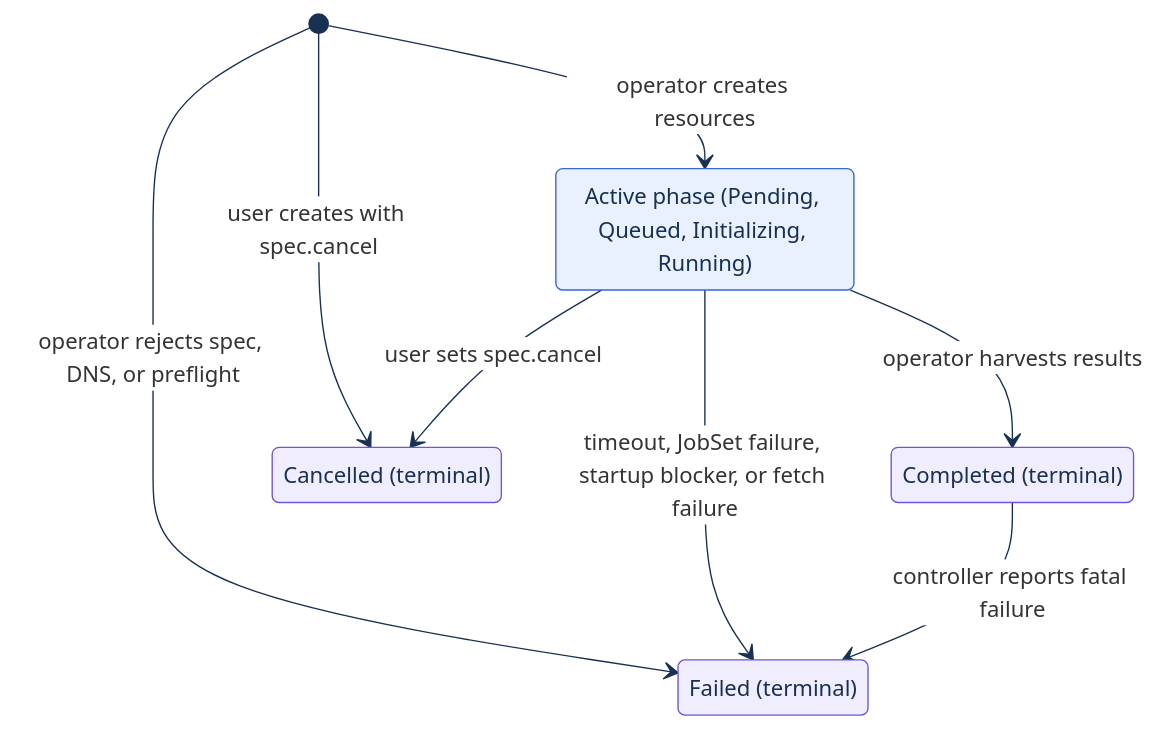
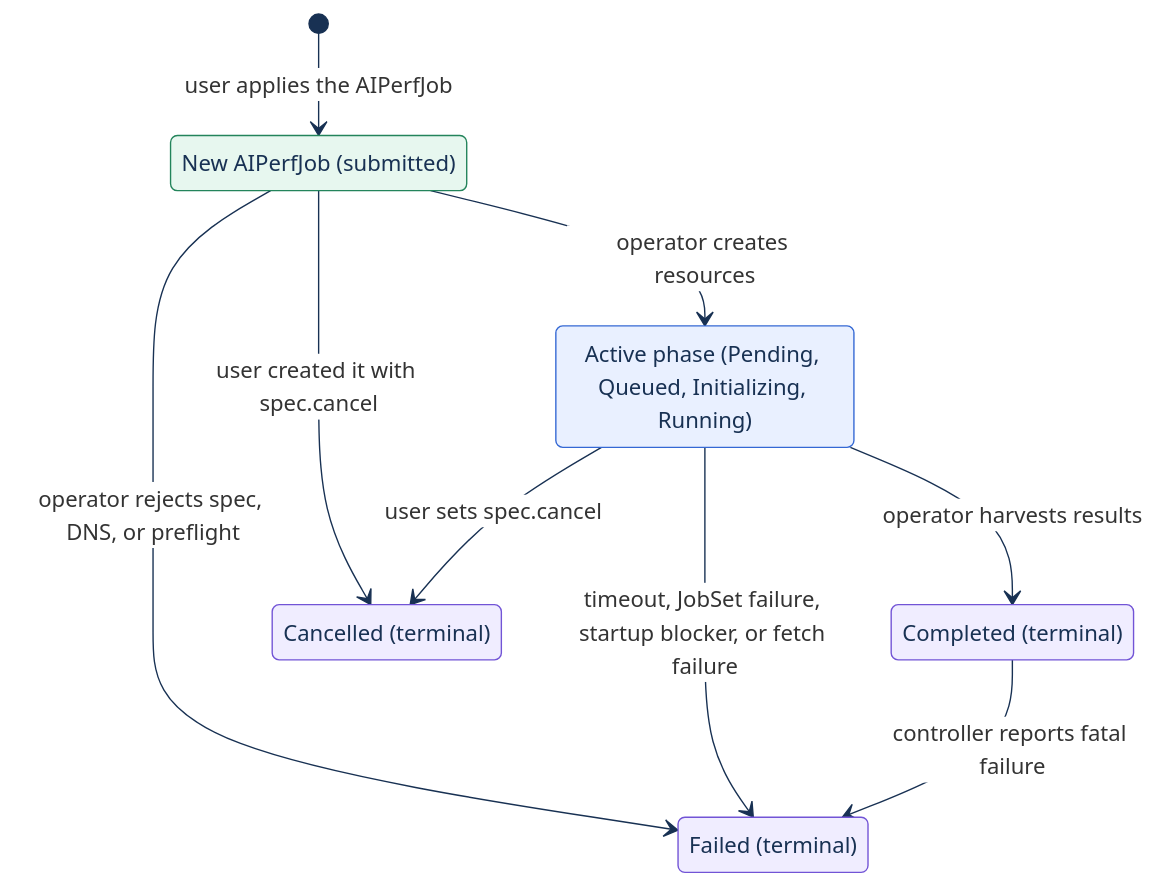
The fourth of 8 diagrams in docs/kubernetes/operator.md (ai-dynamo/aiperf), drawn with Mermaid before and after one commit. The commit also changed other lines of this file, not shown here.

First line of the commit message:
docs(kubernetes): fix diagram layout defects found in render readback

````diff
--- a/docs/kubernetes/operator.md
+++ b/docs/kubernetes/operator.md
@@ -232,31 +236,36 @@
 ```mermaid
 ---
 config:
   theme: base
   look: classic
   themeVariables:
     lineColor: '#183153'
     nodeTextColor: '#183153'
     edgeLabelBackground: '#FFFFFF'
     clusterBkg: '#FFFFFF'
     titleColor: '#183153'
+    fontFamily: 'Arial, Helvetica, sans-serif'
 ---
 stateDiagram-v2
   accTitle: State diagram for AIPerfJob failure and cancellation
   accDescr: Any active phase can fail or be cancelled. A completed job can still be failed by a fatal report from the controller.
+  classDef src fill:#E7F7EF,stroke:#23845B,color:#183153
   classDef stage fill:#E9F0FF,stroke:#3468D4,color:#183153
   classDef out fill:#F0EDFF,stroke:#7254D6,color:#183153
+  state "New AIPerfJob (submitted)" as New
   state "Active phase (Pending, Queued, Initializing, Running)" as Active
   state "Completed (terminal)" as Completed
   state "Failed (terminal)" as Failed
   state "Cancelled (terminal)" as Cancelled
-  [*] --> Active: operator creates resources
-  [*] --> Failed: operator rejects spec, DNS, or preflight
-  [*] --> Cancelled: user creates with spec.cancel
+  [*] --> New: user applies the AIPerfJob
+  New --> Active: operator creates resources
+  New --> Failed: operator rejects spec, DNS, or preflight
+  New --> Cancelled: user created it with spec.cancel
   Active --> Completed: operator harvests results
   Active --> Failed: timeout, JobSet failure, startup blocker, or fetch failure
   Active --> Cancelled: user sets spec.cancel
   Completed --> Failed: controller reports fatal failure
+  class New src
   class Active stage
   class Completed, Failed, Cancelled out
 ```
````
